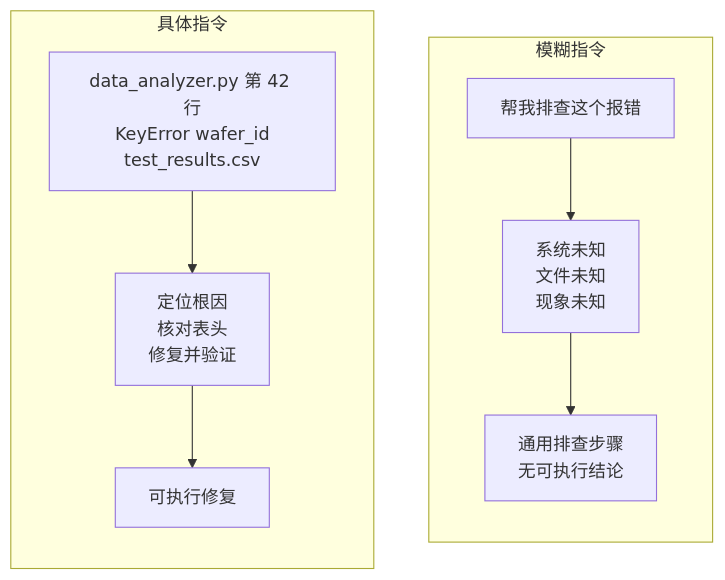
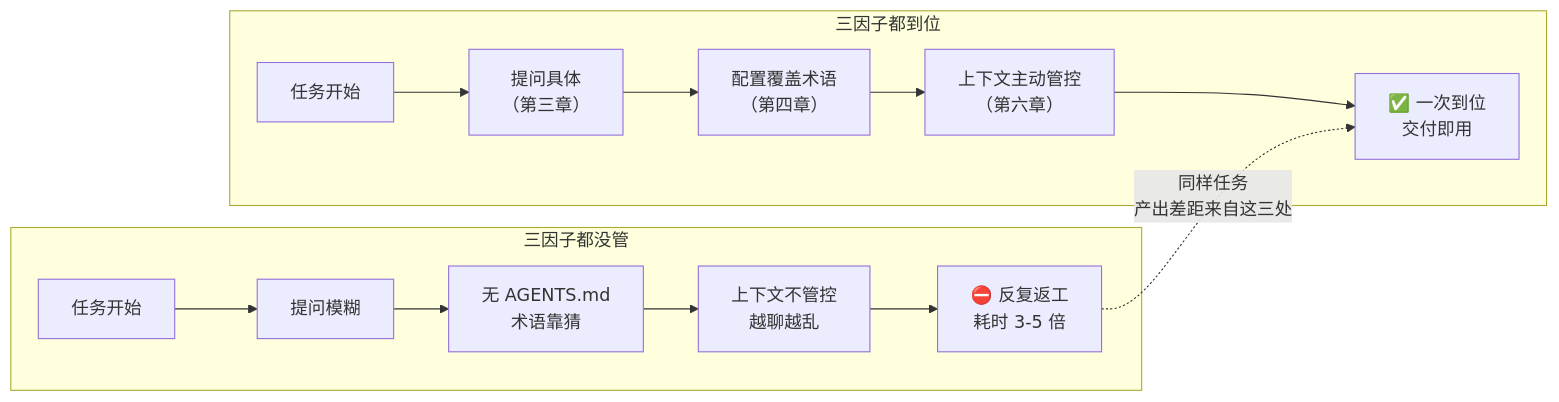
The first of 8 diagrams in ppt/ppt2-advanced/opencode-advanced-techniques.md (masonsxu/notes), drawn with Mermaid before and after one commit. The commit also changed other lines of this file and 1 other file, not shown here.

````diff
--- a/ppt/ppt2-advanced/opencode-advanced-techniques.md
+++ b/ppt/ppt2-advanced/opencode-advanced-techniques.md
@@ -165,13 +28,16 @@
 ```mermaid
-flowchart TB
-    subgraph M["模糊指令"]
-        direction TB
-        M1["帮我排查这个报错"] --> M2["系统未知<br/>文件未知<br/>现象未知"]
-        M2 --> M3["通用排查步骤<br/>无可执行结论"]
+flowchart LR
+    subgraph BAD["三因子都没管"]
+        B0["任务开始"] --> B1["提问模糊"]
+        B1 --> B2["无 AGENTS.md<br/>术语靠猜"]
+        B2 --> B3["上下文不管控<br/>越聊越乱"]
+        B3 --> B4["⛔ 反复返工<br/>耗时 3-5 倍"]
     end
-    subgraph S["具体指令"]
-        direction TB
-        S1["data_analyzer.py 第 42 行<br/>KeyError wafer_id<br/>test_results.csv"] --> S2["定位根因<br/>核对表头<br/>修复并验证"]
-        S2 --> S3["可执行修复"]
+    subgraph GOOD["三因子都到位"]
+        G0["任务开始"] --> G1["提问具体<br/>（第三章）"]
+        G1 --> G2["配置覆盖术语<br/>（第四章）"]
+        G2 --> G3["上下文主动管控<br/>（第六章）"]
+        G3 --> G4["✅ 一次到位<br/>交付即用"]
     end
+    B4 -.->|"同样任务<br/>产出差距来自这三处"| G4
 ```
````
